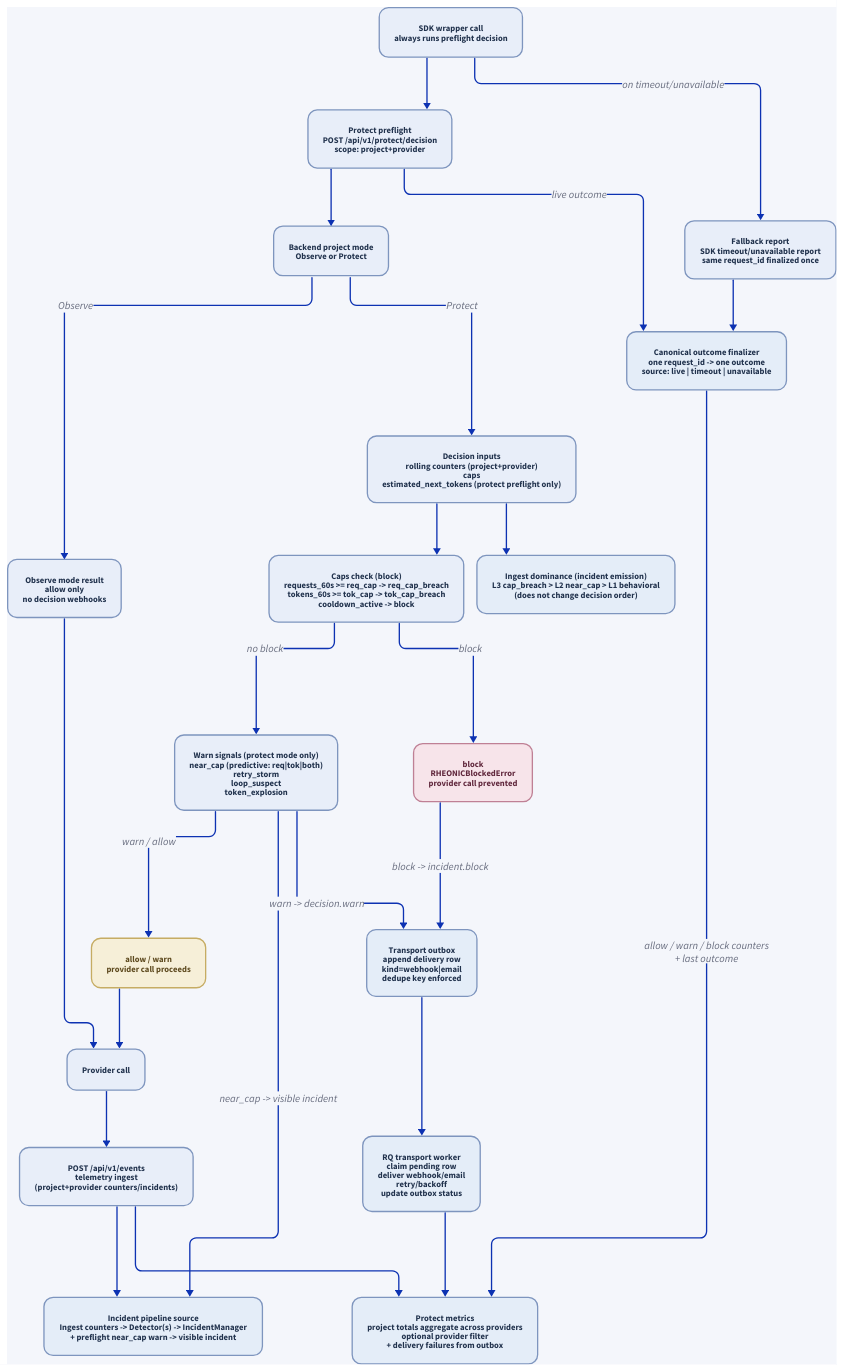
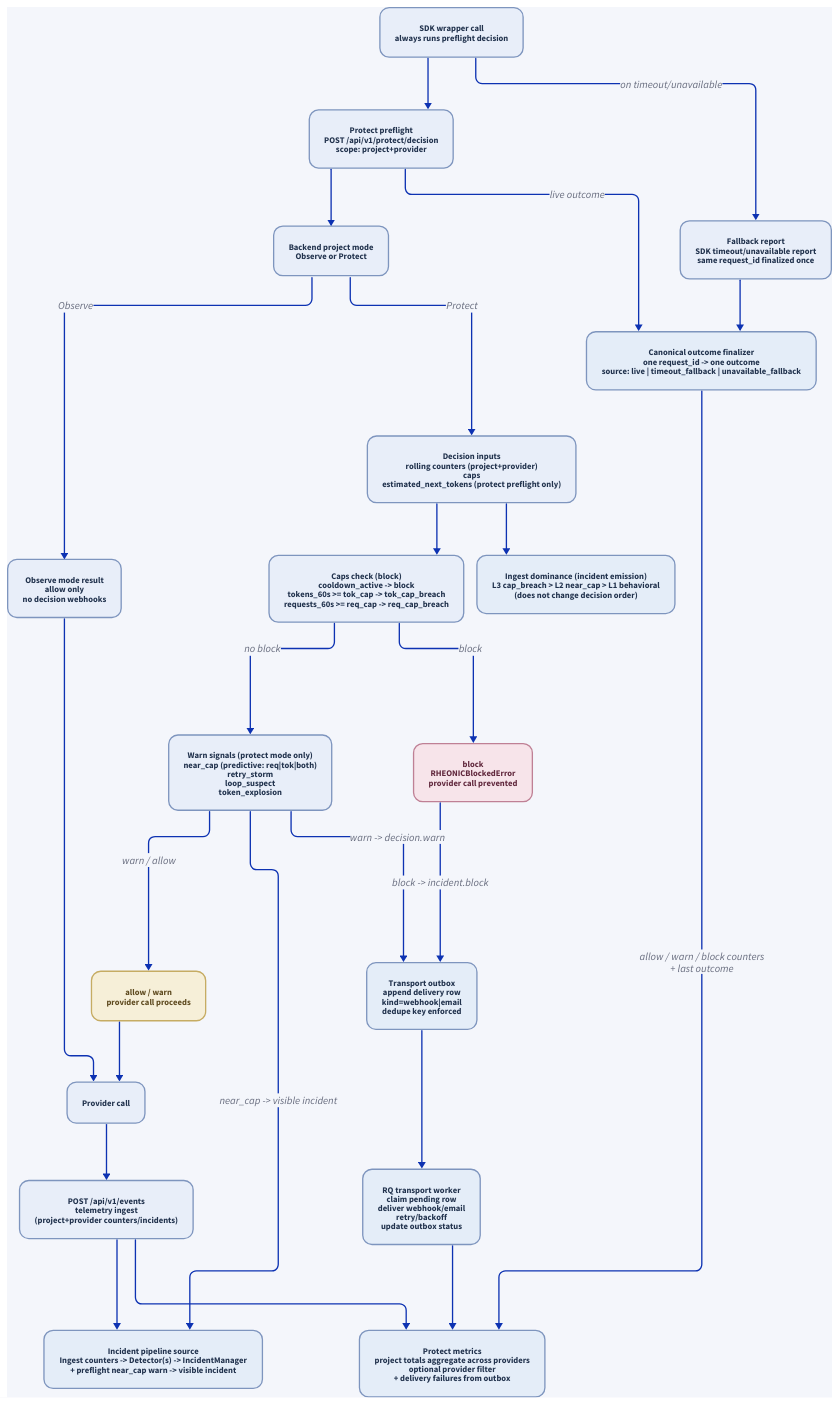
One commit to MichaelTelvin/Rheonic changed the diagram in docs/architecture/protect_decision_flow.d2. Above: the diagram before and after it, drawn with D2. The commit also changed 11 other files, not shown here.

```diff
--- a/docs/architecture/protect_decision_flow.d2
+++ b/docs/architecture/protect_decision_flow.d2
@@ -52,7 +52,7 @@
   }
 }
 
-caps: "Caps check (block)\nrequests_60s >= req_cap -> req_cap_breach\ntokens_60s >= tok_cap -> tok_cap_breach\ncooldown_active -> block" {
+caps: "Caps check (block)\ncooldown_active -> block\ntokens_60s >= tok_cap -> tok_cap_breach\nrequests_60s >= req_cap -> req_cap_breach" {
   style: {
     fill: "#e8eef9"
     stroke: "#7e95be"
@@ -162,7 +162,7 @@
   }
 }
 
-finalizer: "Canonical outcome finalizer\none request_id -> one outcome\nsource: live | timeout | unavailable" {
+finalizer: "Canonical outcome finalizer\none request_id -> one outcome\nsource: live | timeout_fallback | unavailable_fallback" {
   style: {
     fill: "#e4edf8"
     stroke: "#7e95be"
```
